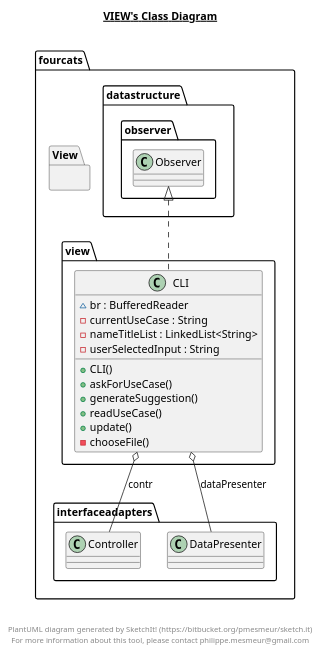
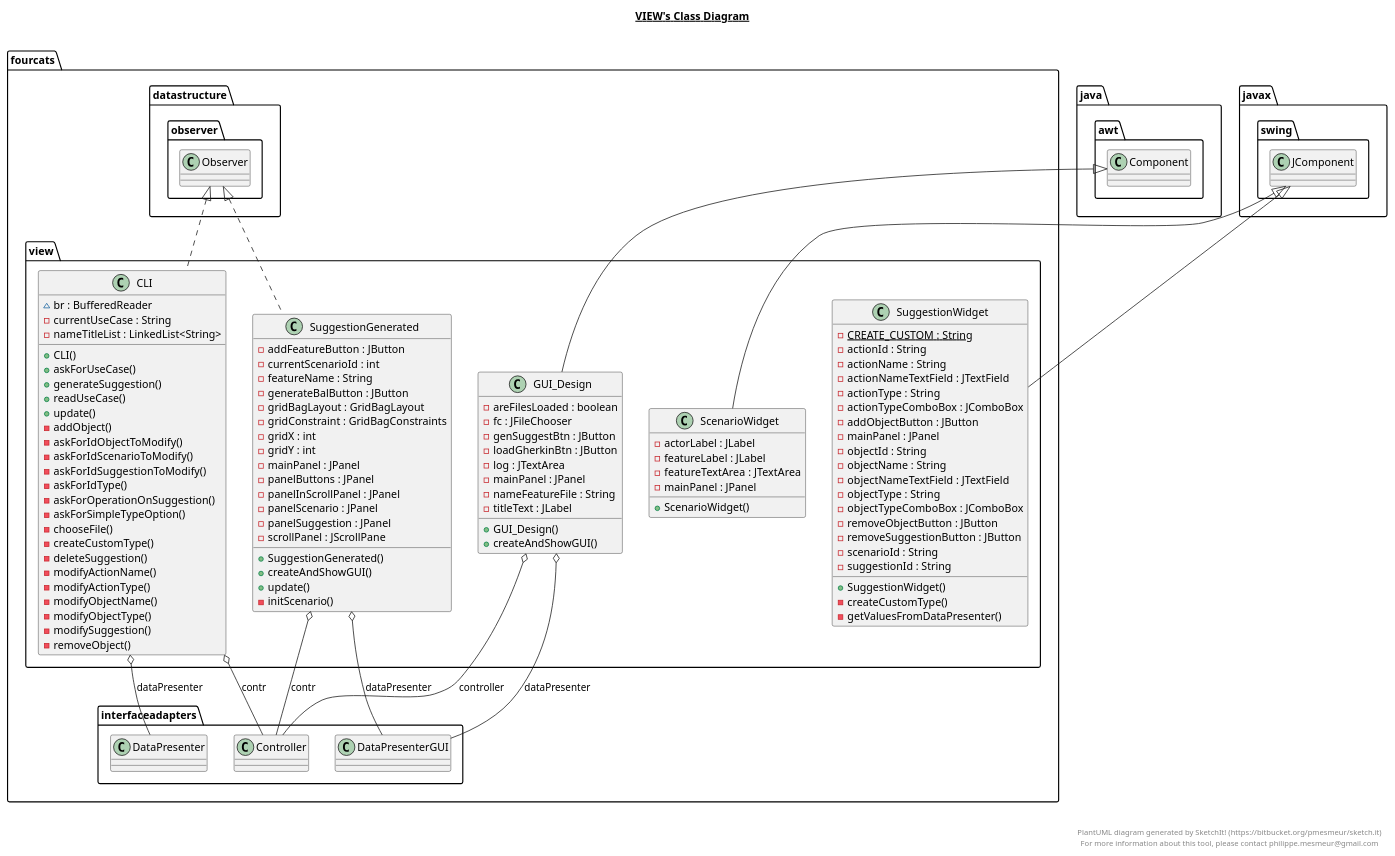
One commit to fourcatsteam/NaturalAPI changed the diagram in NaturalAPI_Design/src/main/java/fourcats/view/View.plantuml. Above: the diagram before and after it, drawn with PlantUML. The commit also changed 22 other files, not shown here.

```diff
--- a/NaturalAPI_Design/src/main/java/fourcats/view/View.plantuml
+++ b/NaturalAPI_Design/src/main/java/fourcats/view/View.plantuml
@@ -1,35 +1,142 @@
 @startuml
 
 title __VIEW's Class Diagram__\n
 
   namespace fourcats {
-    namespace View {
+    namespace view {
       class fourcats.view.CLI {
           ~ br : BufferedReader
           - currentUseCase : String
           - nameTitleList : LinkedList<String>
-          - userSelectedInput : String
           + CLI()
           + askForUseCase()
           + generateSuggestion()
           + readUseCase()
           + update()
+          - addObject()
+          - askForIdObjectToModify()
+          - askForIdScenarioToModify()
+          - askForIdSuggestionToModify()
+          - askForIdType()
+          - askForOperationOnSuggestion()
+          - askForSimpleTypeOption()
           - chooseFile()
+          - createCustomType()
+          - deleteSuggestion()
+          - modifyActionName()
+          - modifyActionType()
+          - modifyObjectName()
+          - modifyObjectType()
+          - modifySuggestion()
+          - removeObject()
+      }
+    }
+  }
+  
+
+  namespace fourcats {
+    namespace view {
+      class fourcats.view.GUI_Design {
+          - areFilesLoaded : boolean
+          - fc : JFileChooser
+          - genSuggestBtn : JButton
+          - loadGherkinBtn : JButton
+          - log : JTextArea
+          - mainPanel : JPanel
+          - nameFeatureFile : String
+          - titleText : JLabel
+          + GUI_Design()
+          + createAndShowGUI()
+      }
+    }
+  }
+  
+
+  namespace fourcats {
+    namespace view {
+      class fourcats.view.ScenarioWidget {
+          - actorLabel : JLabel
+          - featureLabel : JLabel
+          - featureTextArea : JTextArea
+          - mainPanel : JPanel
+          + ScenarioWidget()
+      }
+    }
+  }
+  
+
+  namespace fourcats {
+    namespace view {
+      class fourcats.view.SuggestionGenerated {
+          - addFeatureButton : JButton
+          - currentScenarioId : int
+          - featureName : String
+          - generateBalButton : JButton
+          - gridBagLayout : GridBagLayout
+          - gridConstraint : GridBagConstraints
+          - gridX : int
+          - gridY : int
+          - mainPanel : JPanel
+          - panelButtons : JPanel
+          - panelInScrollPanel : JPanel
+          - panelScenario : JPanel
+          - panelSuggestion : JPanel
+          - scrollPanel : JScrollPane
+          + SuggestionGenerated()
+          + createAndShowGUI()
+          + update()
+          - initScenario()
+      }
+    }
+  }
+  
+
+  namespace fourcats {
+    namespace view {
+      class fourcats.view.SuggestionWidget {
+          {static} - CREATE_CUSTOM : String
+          - actionId : String
+          - actionName : String
+          - actionNameTextField : JTextField
+          - actionType : String
+          - actionTypeComboBox : JComboBox
+          - addObjectButton : JButton
+          - mainPanel : JPanel
+          - objectId : String
+          - objectName : String
+          - objectNameTextField : JTextField
+          - objectType : String
+          - objectTypeComboBox : JComboBox
+          - removeObjectButton : JButton
+          - removeSuggestionButton : JButton
+          - scenarioId : String
+          - suggestionId : String
+          + SuggestionWidget()
+          - createCustomType()
+          - getValuesFromDataPresenter()
       }
     }
   }
   
 
   fourcats.view.CLI .up.|> fourcats.datastructure.observer.Observer
   fourcats.view.CLI o-- fourcats.interfaceadapters.Controller : contr
   fourcats.view.CLI o-- fourcats.interfaceadapters.DataPresenter : dataPresenter
+  fourcats.view.GUI_Design -up-|> java.awt.Component
+  fourcats.view.GUI_Design o-- fourcats.interfaceadapters.Controller : controller
+  fourcats.view.GUI_Design o-- fourcats.interfaceadapters.DataPresenterGUI : dataPresenter
+  fourcats.view.ScenarioWidget -up-|> javax.swing.JComponent
+  fourcats.view.SuggestionGenerated .up.|> fourcats.datastructure.observer.Observer
+  fourcats.view.SuggestionGenerated o-- fourcats.interfaceadapters.Controller : contr
+  fourcats.view.SuggestionGenerated o-- fourcats.interfaceadapters.DataPresenterGUI : dataPresenter
+  fourcats.view.SuggestionWidget -up-|> javax.swing.JComponent
 
 
 right footer
 
 
 PlantUML diagram generated by SketchIt! (https://bitbucket.org/pmesmeur/sketch.it)
 For more information about this tool, please contact philippe.mesmeur@gmail.com
 endfooter
 
 @enduml
```
